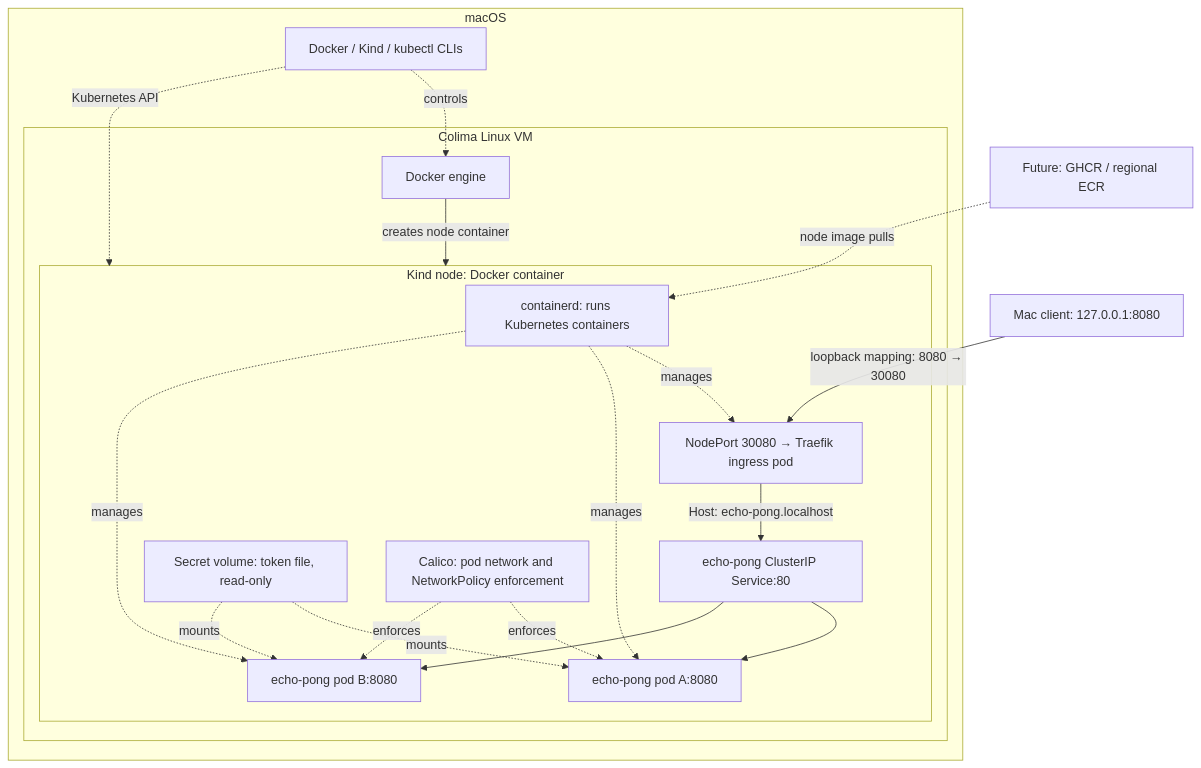
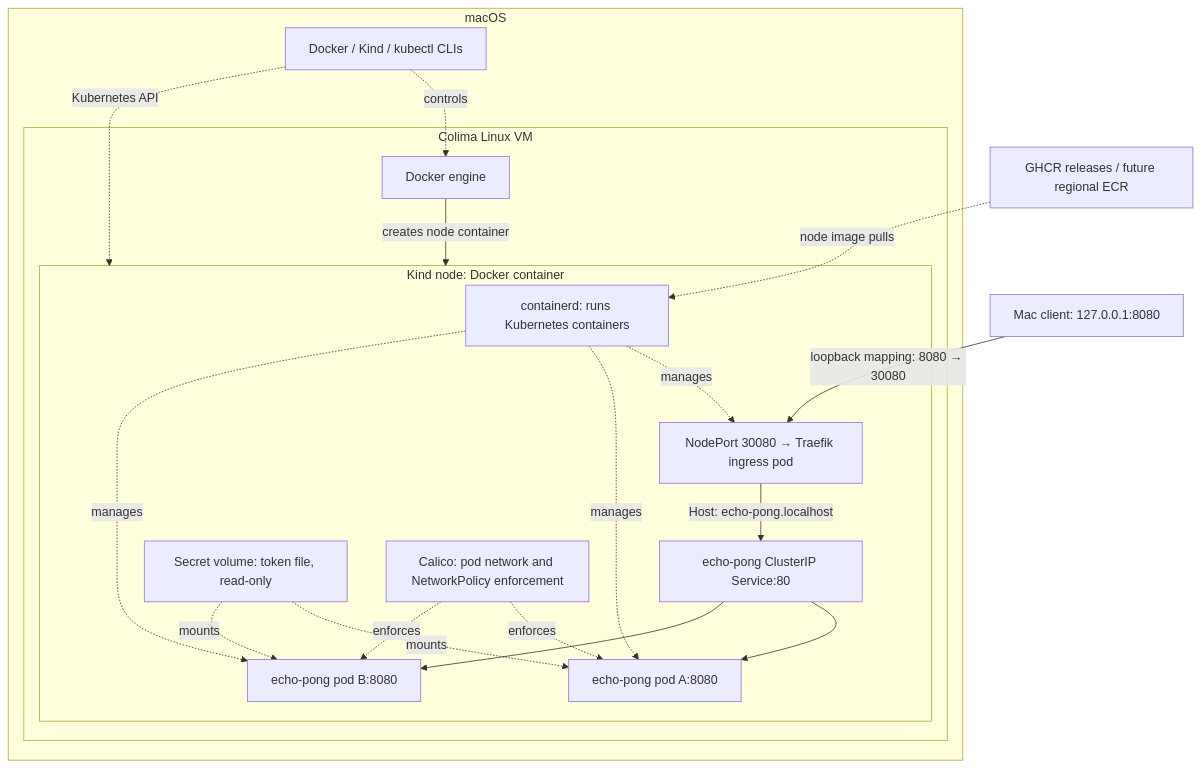
Before and after one commit to LiatSchulz/echo-pong: the diagram in docs/PRESENTATION.md, drawn with Mermaid. The commit also changed other lines of this file and 7 other files, not shown here.

````diff
--- a/docs/PRESENTATION.md
+++ b/docs/PRESENTATION.md
@@ -31,34 +31,34 @@
 ```mermaid
 flowchart TD
     Client["Mac client: 127.0.0.1:8080"]
     subgraph Mac["macOS"]
         CLI["Docker / Kind / kubectl CLIs"]
         subgraph VM["Colima Linux VM"]
             Docker["Docker engine"]
             subgraph Node["Kind node: Docker container"]
                 CRI["containerd: runs Kubernetes containers"]
                 Proxy["NodePort 30080 → Traefik ingress pod"]
                 Service["echo-pong ClusterIP Service:80"]
                 A["echo-pong pod A:8080"]
                 B["echo-pong pod B:8080"]
                 Secret["Secret volume: token file, read-only"]
                 Calico["Calico: pod network and NetworkPolicy enforcement"]
                 CRI -. manages .-> Proxy
                 CRI -. manages .-> A
                 CRI -. manages .-> B
                 Proxy -->|"Host: echo-pong.localhost"| Service
                 Service --> A
                 Service --> B
                 Secret -. mounts .-> A
                 Secret -. mounts .-> B
                 Calico -. enforces .-> A
                 Calico -. enforces .-> B
             end
             Docker -->|creates node container| Node
         end
         CLI -. controls .-> Docker
         CLI -. Kubernetes API .-> Node
     end
     Client -->|"loopback mapping: 8080 → 30080"| Proxy
-    Registry["Future: GHCR / regional ECR"] -. node image pulls .-> CRI
+    Registry["GHCR releases / future regional ECR"] -. node image pulls .-> CRI
 ```
````
